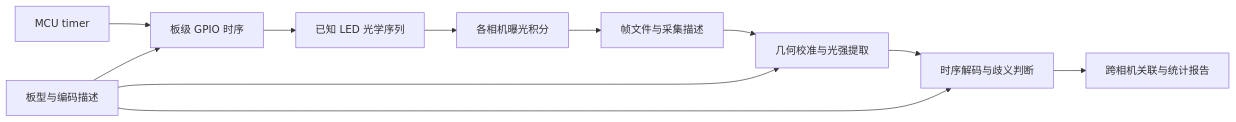
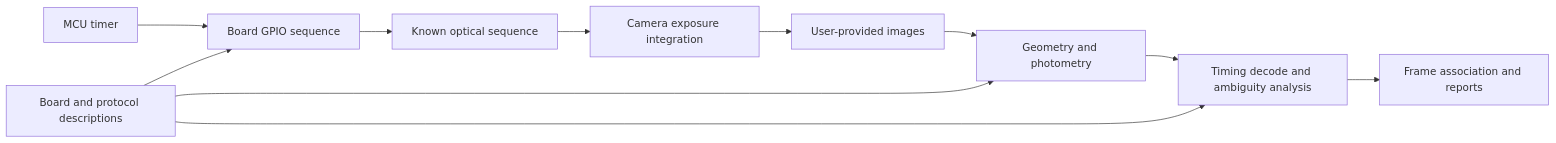
One commit to xiaoran007/camsync-check changed the diagram in docs/design.md. Above: the diagram before and after it, drawn with Mermaid. The commit also changed other lines of this file and 6 other files, not shown here.

````diff
--- a/docs/design.md
+++ b/docs/design.md
@@ -15,13 +15,13 @@
 ```mermaid
 flowchart LR
-    A[MCU timer] --> B[板级 GPIO 时序]
-    B --> C[已知 LED 光学序列]
-    C --> D[各相机曝光积分]
-    D --> E[帧文件与采集描述]
-    E --> F[几何校准与光强提取]
-    F --> G[时序解码与歧义判断]
-    G --> H[跨相机关联与统计报告]
-    P[板型与编码描述] --> B
+    A[MCU timer] --> B[Board GPIO sequence]
+    B --> C[Known optical sequence]
+    C --> D[Camera exposure integration]
+    D --> E[User-provided images]
+    E --> F[Geometry and photometry]
+    F --> G[Timing decode and ambiguity analysis]
+    G --> H[Frame association and reports]
+    P[Board and protocol descriptions] --> B
     P --> F
     P --> G
 ```
````
